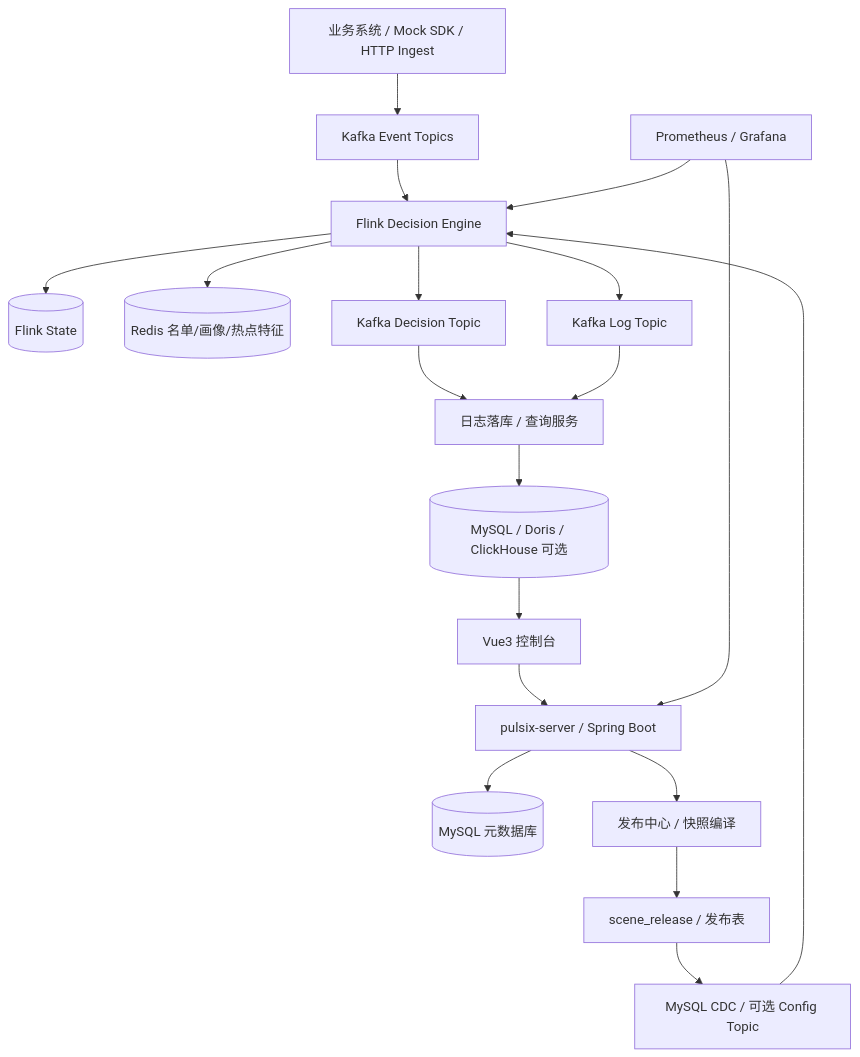
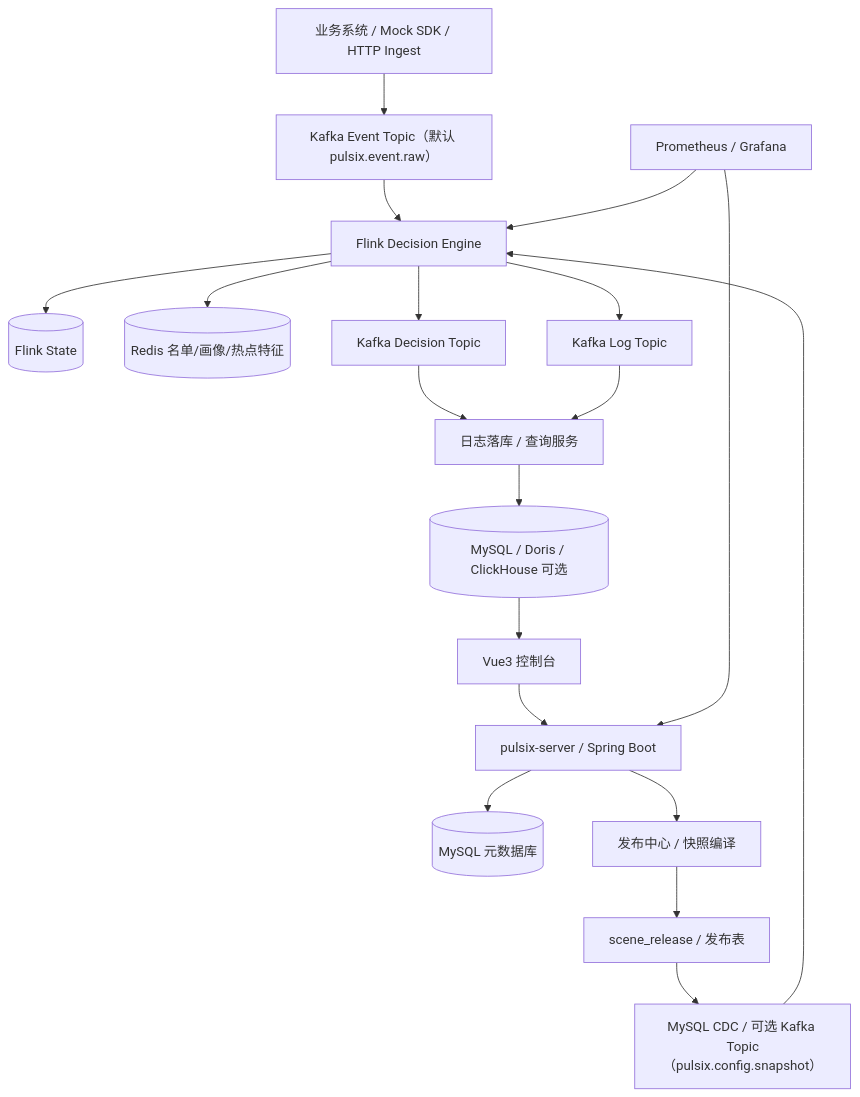
Before and after one commit to liboshuai01/pulsix: the diagram in docs/方案/实时风控系统第4章：系统总体架构设计总览.md, drawn with Mermaid. The commit also changed other lines of this file and 6 other files, not shown here.

````diff
--- a/docs/方案/实时风控系统第4章：系统总体架构设计总览.md
+++ b/docs/方案/实时风控系统第4章：系统总体架构设计总览.md
@@ -149,26 +149,26 @@
 ```mermaid
 graph TD
-    A[业务系统 / Mock SDK / HTTP Ingest] --> B[Kafka Event Topics]
+    A[业务系统 / Mock SDK / HTTP Ingest] --> B[Kafka Event Topic（默认 pulsix.event.raw）]
 
     C[Vue3 控制台] --> D[pulsix-server / Spring Boot]
     D --> E[(MySQL 元数据库)]
     D --> F[发布中心 / 快照编译]
     F --> G[scene_release / 发布表]
-    G --> H[MySQL CDC / 可选 Config Topic]
+    G --> H[MySQL CDC / 可选 Kafka Topic（pulsix.config.snapshot）]
 
     B --> I[Flink Decision Engine]
     H --> I
 
     I --> J[(Flink State)]
     I --> K[(Redis 名单/画像/热点特征)]
     I --> L[Kafka Decision Topic]
     I --> M[Kafka Log Topic]
 
     L --> N[日志落库 / 查询服务]
     M --> N
     N --> O[(MySQL / Doris / ClickHouse 可选)]
 
     O --> C
     P[Prometheus / Grafana] --> I
     P --> D
 ```
````
